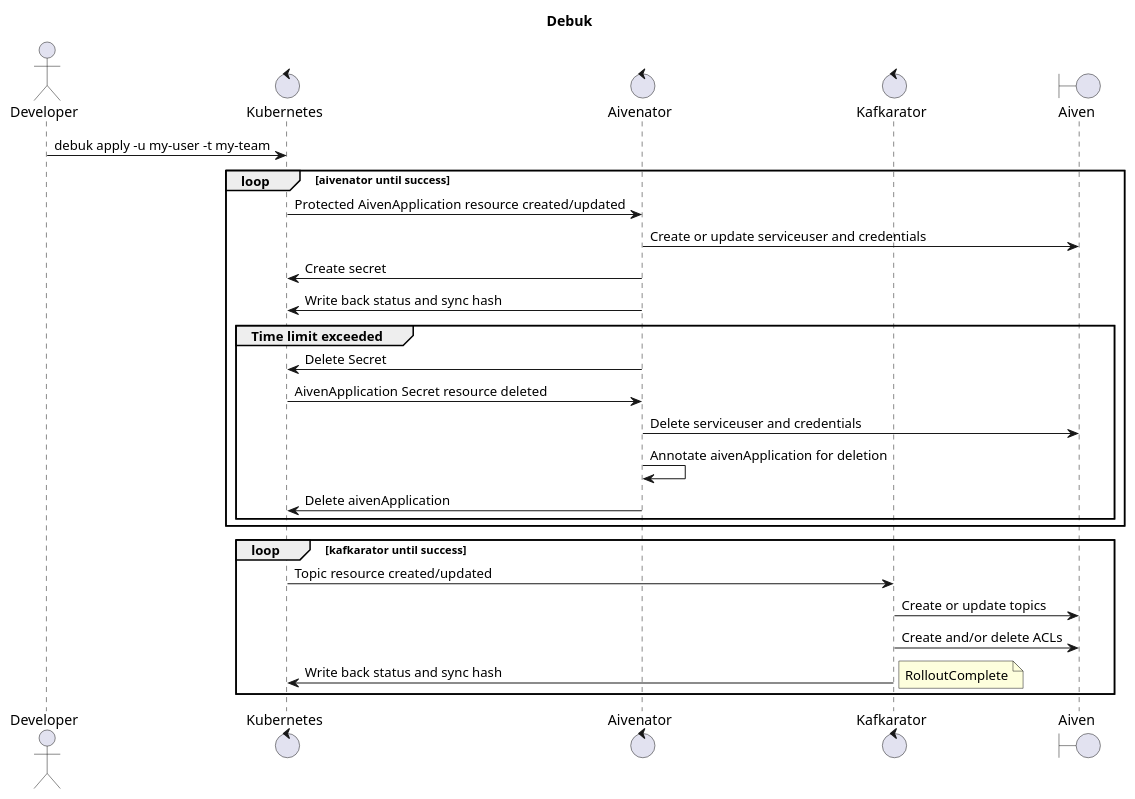
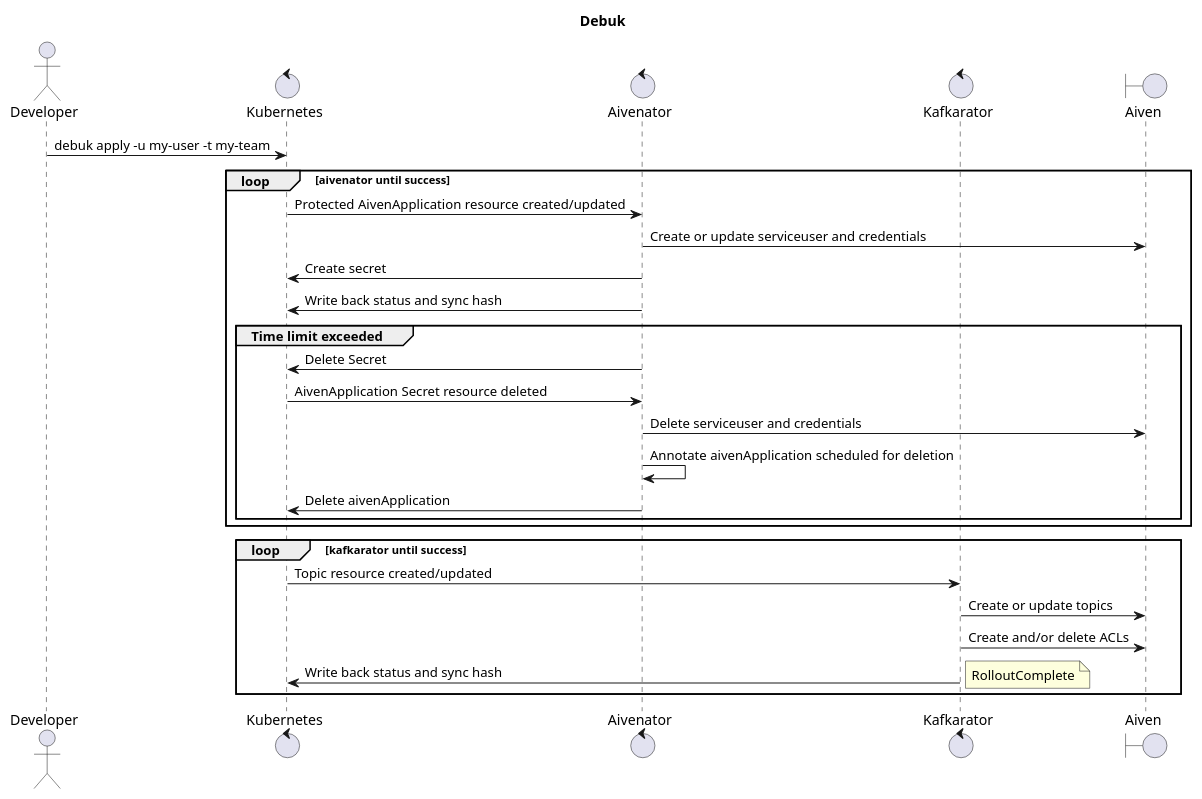
The diagram in doc/debuk.puml (nais/cli), drawn with PlantUML before and after one commit. The commit also changed 7 other files, not shown here.

```diff
--- a/doc/debuk.puml
+++ b/doc/debuk.puml
@@ -1,34 +1,34 @@
 @startuml
 title Debuk
 
 actor developer as "Developer"
 control kubernetes as "Kubernetes"
 control aivenator as "Aivenator"
 control kafkarator as "Kafkarator"
 boundary aiven as "Aiven"
 
 developer -> kubernetes : debuk apply -u my-user -t my-team
 
 loop aivenator until success
 kubernetes -> aivenator : Protected AivenApplication resource created/updated
 aivenator -> aiven : Create or update serviceuser and credentials
 aivenator -> kubernetes : Create secret
 aivenator -> kubernetes : Write back status and sync hash
 group Time limit exceeded
 aivenator -> kubernetes : Delete Secret
 kubernetes -> aivenator : AivenApplication Secret resource deleted
 aivenator -> aiven : Delete serviceuser and credentials
-aivenator -> aivenator : Annotate aivenApplication for deletion
+aivenator -> aivenator : Annotate aivenApplication scheduled for deletion
 aivenator -> kubernetes : Delete aivenApplication
     end
 end
 
 loop kafkarator until success
 kubernetes -> kafkarator : Topic resource created/updated
 kafkarator -> aiven : Create or update topics
 kafkarator -> aiven : Create and/or delete ACLs
 kafkarator -> kubernetes : Write back status and sync hash
 note right: RolloutComplete
 end
 
 @enduml
```
